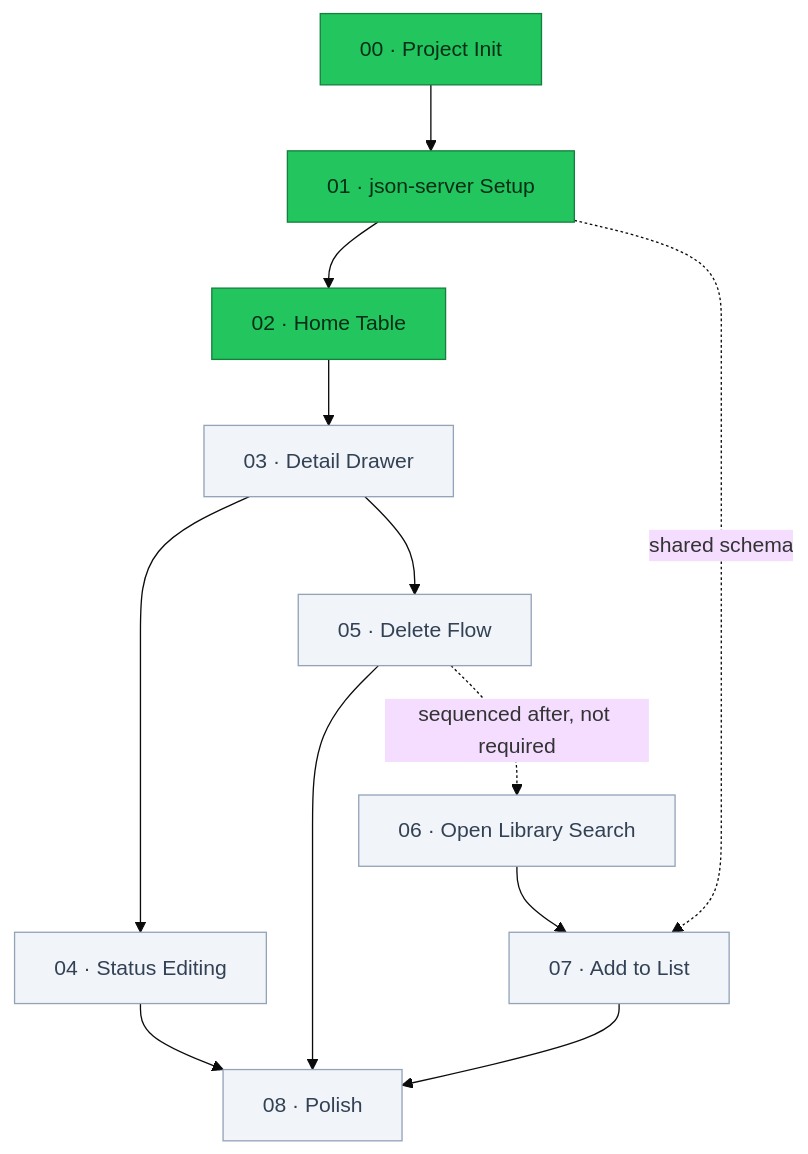
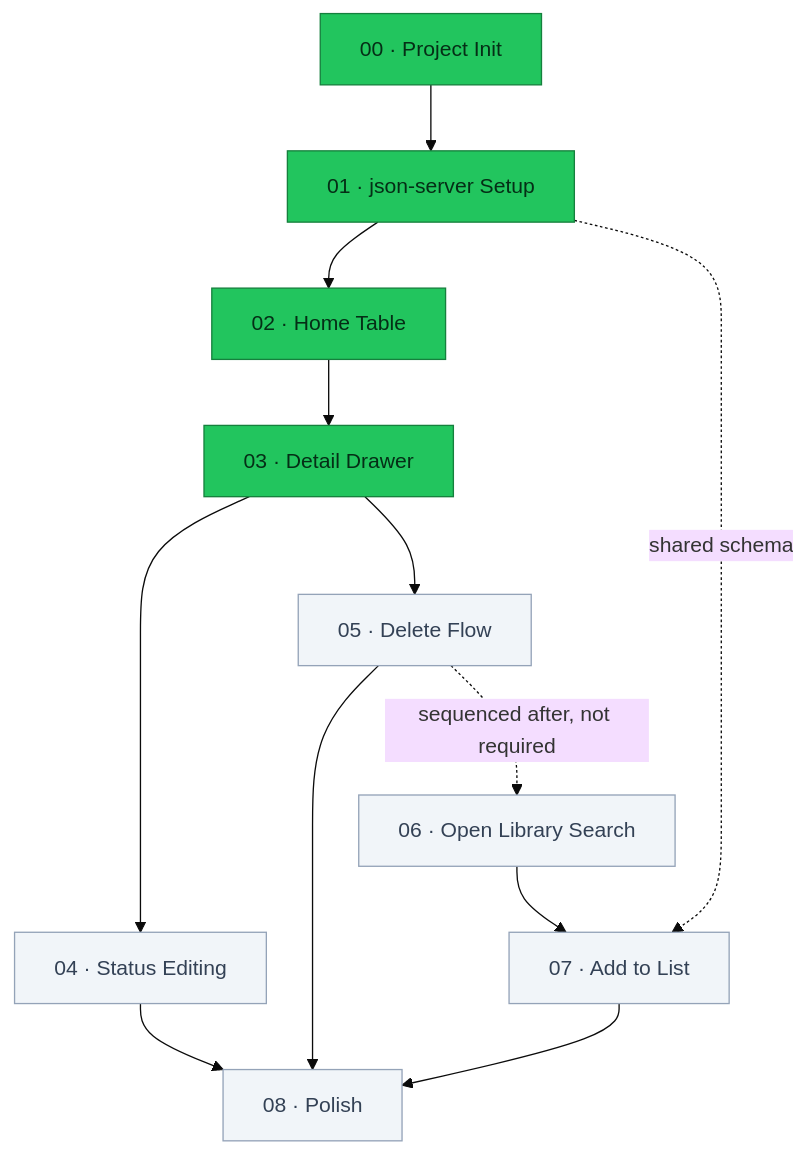
One commit to raki-rankawat/next-reading-list-app changed the first of 3 diagrams in README.md. Above: the diagram before and after it, drawn with Mermaid (base theme). The commit also changed other lines of this file and 2 other files, not shown here.

````diff
--- a/README.md
+++ b/README.md
@@ -27,19 +27,19 @@
 ```mermaid
 flowchart TD
     F00["00 · Project Init"] --> F01["01 · json-server Setup"]
     F01 --> F02["02 · Home Table"]
     F02 --> F03["03 · Detail Drawer"]
     F03 --> F04["04 · Status Editing"]
     F03 --> F05["05 · Delete Flow"]
     F05 -.->|"sequenced after, not required"| F06["06 · Open Library Search"]
     F06 --> F07["07 · Add to List"]
     F01 -.->|"shared schema"| F07
     F04 --> F08["08 · Polish"]
     F05 --> F08
     F07 --> F08
 
     classDef done fill:#22c55e,stroke:#15803d,color:#052e16
     classDef todo fill:#f1f5f9,stroke:#94a3b8,color:#334155
-    class F00,F01,F02 done
-    class F03,F04,F05,F06,F07,F08 todo
+    class F00,F01,F02,F03 done
+    class F04,F05,F06,F07,F08 todo
 ```
````
